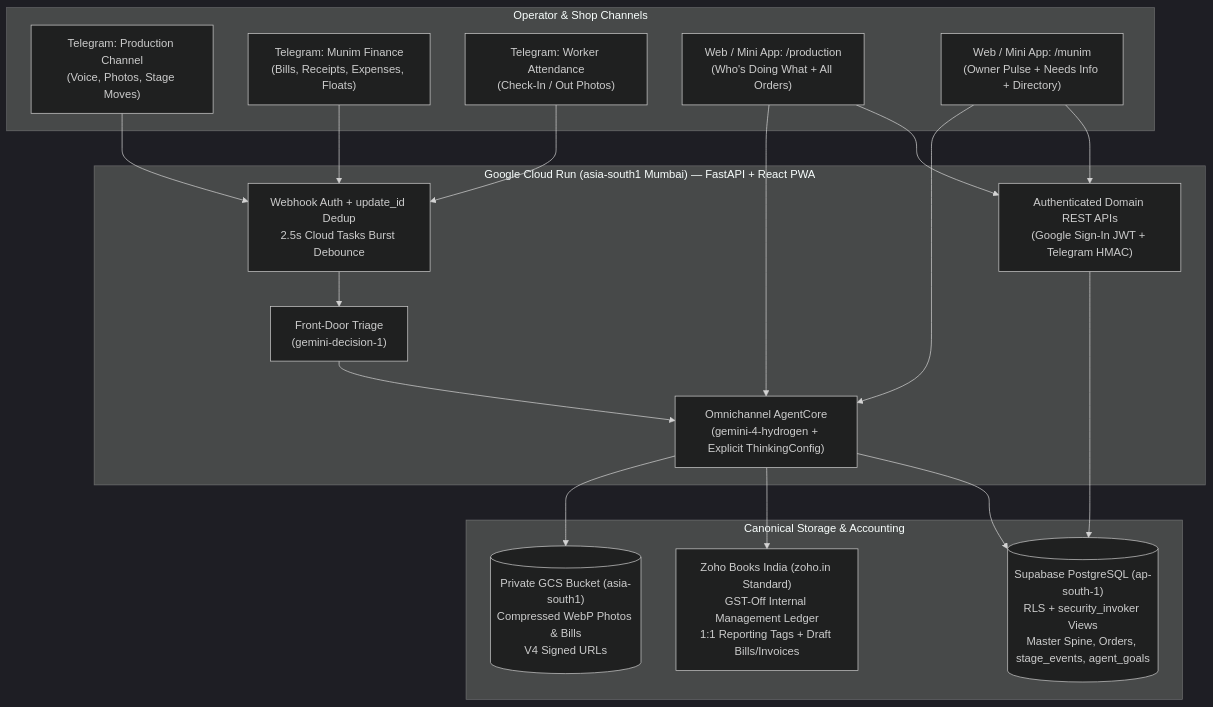
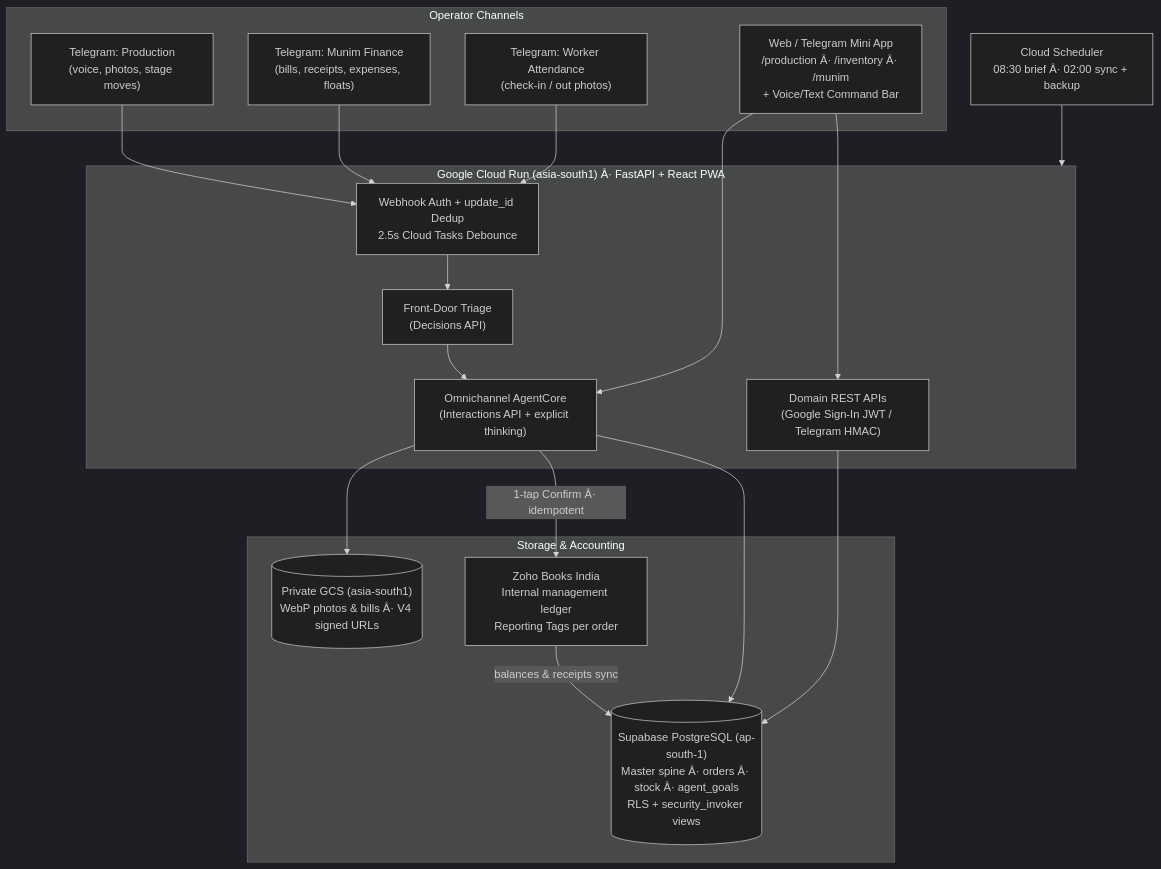
The diagram in README.md (rrishabhjn/workshop-munim-os), drawn with Mermaid (dark theme) before and after one commit. The commit also changed other lines of this file and 6 other files, not shown here.

````diff
--- a/README.md
+++ b/README.md
@@ -11,38 +82,37 @@
 ```mermaid
 flowchart TD
-    subgraph Channels["Operator & Shop Channels"]
-        TG_PROD["Telegram: Production Channel<br/>(Voice, Photos, Stage Moves)"]
-        TG_MUNIM["Telegram: Munim Finance<br/>(Bills, Receipts, Expenses, Floats)"]
-        TG_ATT["Telegram: Worker Attendance<br/>(Check-In / Out Photos)"]
-        WEB_PROD["Web / Mini App: /production<br/>(Who's Doing What + All Orders)"]
-        WEB_MUNIM["Web / Mini App: /munim<br/>(Owner Pulse + Needs Info + Directory)"]
+    subgraph Channels["Operator Channels"]
+        TG_PROD["Telegram: Production<br/>(voice, photos, stage moves)"]
+        TG_MUNIM["Telegram: Munim Finance<br/>(bills, receipts, expenses, floats)"]
+        TG_ATT["Telegram: Worker Attendance<br/>(check-in / out photos)"]
+        WEB["Web / Telegram Mini App<br/>/production Â· /inventory Â· /munim<br/>+ Voice/Text Command Bar"]
     end
 
-    subgraph CloudRun["Google Cloud Run (asia-south1 Mumbai) — FastAPI + React PWA"]
-        DEBOUNCE["Webhook Auth + update_id Dedup<br/>2.5s Cloud Tasks Burst Debounce"]
-        TRIAGE["Front-Door Triage<br/>(gemini-decision-1)"]
-        AGENT["Omnichannel AgentCore<br/>(gemini-4-hydrogen + Explicit ThinkingConfig)"]
-        REST["Authenticated Domain REST APIs<br/>(Google Sign-In JWT + Telegram HMAC)"]
+    subgraph CloudRun["Google Cloud Run (asia-south1) Â· FastAPI + React PWA"]
+        GATE["Webhook Auth + update_id Dedup<br/>2.5s Cloud Tasks Debounce"]
+        TRIAGE["Front-Door Triage<br/>(Decisions API)"]
+        AGENT["Omnichannel AgentCore<br/>(Interactions API + explicit thinking)"]
+        REST["Domain REST APIs<br/>(Google Sign-In JWT / Telegram HMAC)"]
     end
 
-    subgraph Spine["Canonical Storage & Accounting"]
-        SB[("Supabase PostgreSQL (ap-south-1)<br/>RLS + security_invoker Views<br/>Master Spine, Orders, stage_events, agent_goals")]
-        ZOHO["Zoho Books India (zoho.in Standard)<br/>GST-Off Internal Management Ledger<br/>1:1 Reporting Tags + Draft Bills/Invoices"]
-        GCS[("Private GCS Bucket (asia-south1)<br/>Compressed WebP Photos & Bills<br/>V4 Signed URLs")]
+    subgraph Data["Storage & Accounting"]
+        SB[("Supabase PostgreSQL (ap-south-1)<br/>Master spine Â· orders Â· stock Â· agent_goals<br/>RLS + security_invoker views")]
+        ZOHO["Zoho Books India<br/>Internal management ledger<br/>Reporting Tags per order"]
+        GCS[("Private GCS (asia-south1)<br/>WebP photos & bills Â· V4 signed URLs")]
     end
 
-    TG_PROD --> DEBOUNCE
-    TG_MUNIM --> DEBOUNCE
-    TG_ATT --> DEBOUNCE
-    DEBOUNCE --> TRIAGE --> AGENT
+    SCHED["Cloud Scheduler<br/>08:30 brief Â· 02:00 sync + backup"]
 
-    WEB_PROD --> REST
-    WEB_MUNIM --> REST
-    WEB_PROD --> AGENT
-    WEB_MUNIM --> AGENT
-
+    TG_PROD --> GATE
+    TG_MUNIM --> GATE
+    TG_ATT --> GATE
+    GATE --> TRIAGE --> AGENT
+    WEB --> REST
+    WEB --> AGENT
     REST --> SB
     AGENT --> SB
-    AGENT --> ZOHO
+    AGENT -->|"1-tap Confirm Â· idempotent"| ZOHO
     AGENT --> GCS
+    ZOHO -->|"balances & receipts sync"| SB
+    SCHED --> CloudRun
 ```
````
